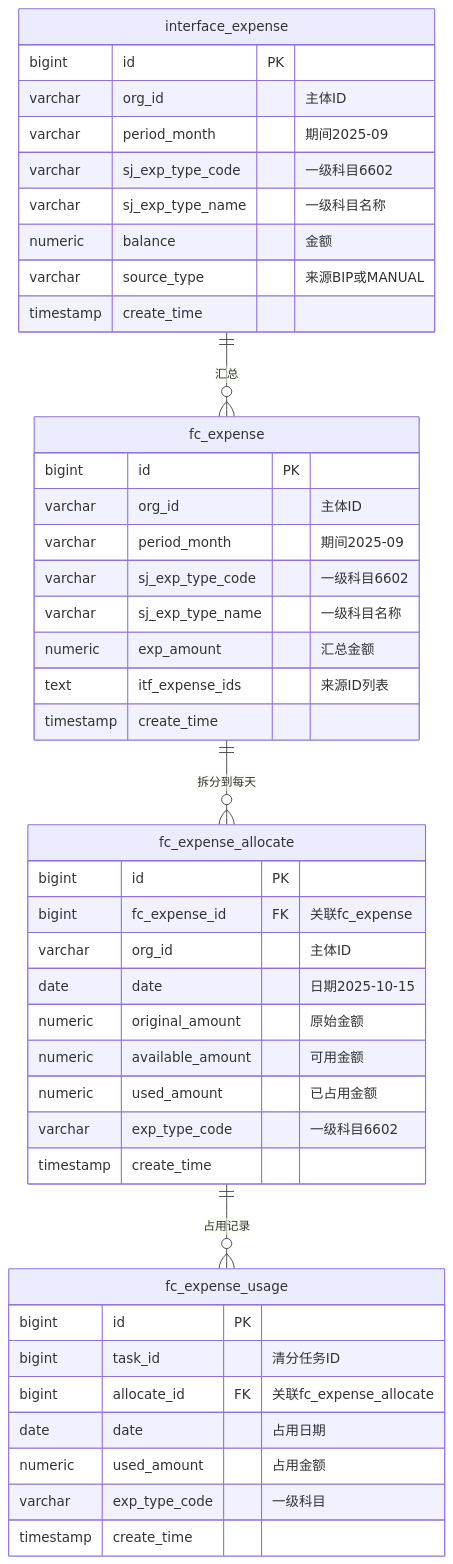
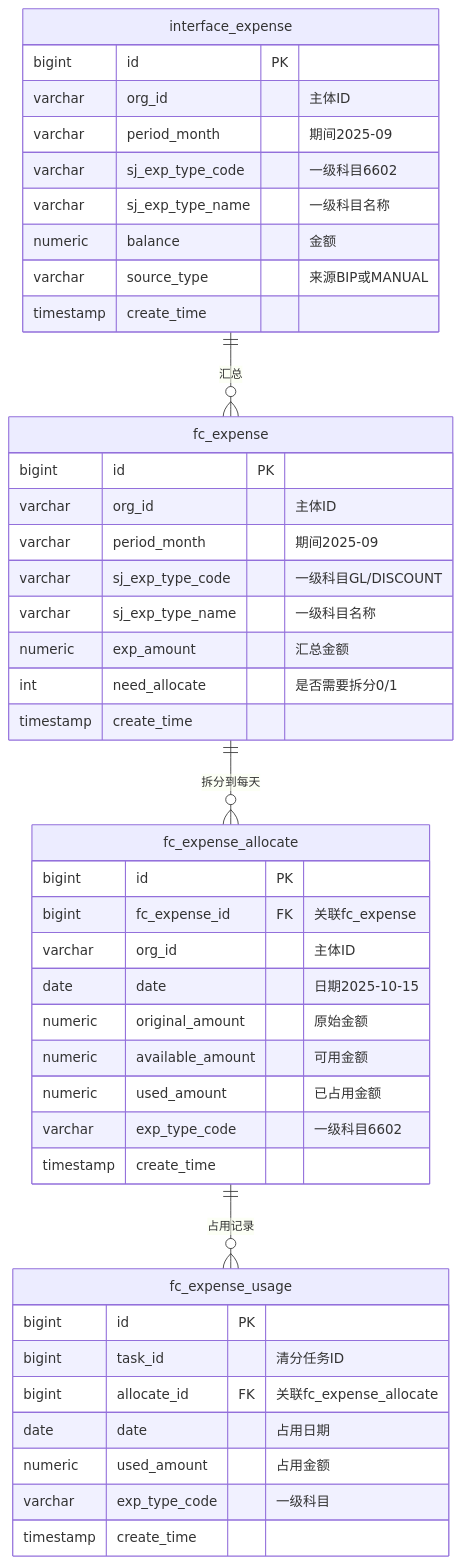
Before and after one commit to garyma-ai01/clearing-system: the first of 2 diagrams in README.md, drawn with Mermaid. The commit also changed other lines of this file, not shown here.

````diff
--- a/README.md
+++ b/README.md
@@ -41,50 +41,50 @@
 ```mermaid
 erDiagram
     interface_expense ||--o{ fc_expense : "汇总"
     fc_expense ||--o{ fc_expense_allocate : "拆分到每天"
     fc_expense_allocate ||--o{ fc_expense_usage : "占用记录"
     
     interface_expense {
         bigint id PK
         varchar org_id "主体ID"
         varchar period_month "期间2025-09"
         varchar sj_exp_type_code "一级科目6602"
         varchar sj_exp_type_name "一级科目名称"
         numeric balance "金额"
         varchar source_type "来源BIP或MANUAL"
         timestamp create_time
     }
     
     fc_expense {
         bigint id PK
         varchar org_id "主体ID"
         varchar period_month "期间2025-09"
-        varchar sj_exp_type_code "一级科目6602"
+        varchar sj_exp_type_code "一级科目GL/DISCOUNT"
         varchar sj_exp_type_name "一级科目名称"
         numeric exp_amount "汇总金额"
-        text itf_expense_ids "来源ID列表"
+        int need_allocate "是否需要拆分0/1"
         timestamp create_time
     }
     
     fc_expense_allocate {
         bigint id PK
         bigint fc_expense_id FK "关联fc_expense"
         varchar org_id "主体ID"
         date date "日期2025-10-15"
         numeric original_amount "原始金额"
         numeric available_amount "可用金额"
         numeric used_amount "已占用金额"
         varchar exp_type_code "一级科目6602"
         timestamp create_time
     }
     
     fc_expense_usage {
         bigint id PK
         bigint task_id "清分任务ID"
         bigint allocate_id FK "关联fc_expense_allocate"
         date date "占用日期"
         numeric used_amount "占用金额"
         varchar exp_type_code "一级科目"
         timestamp create_time
     }
 ```
````
